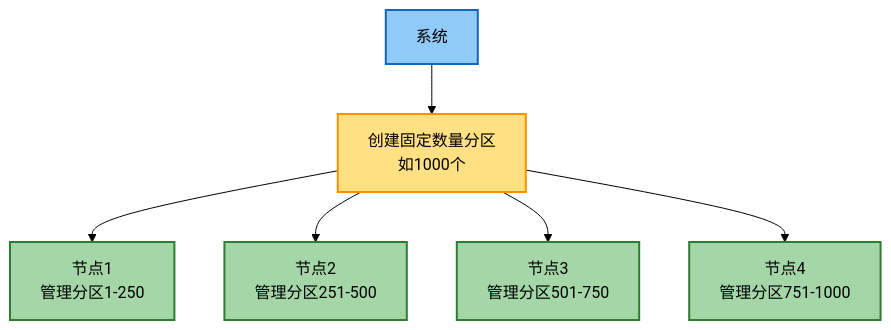
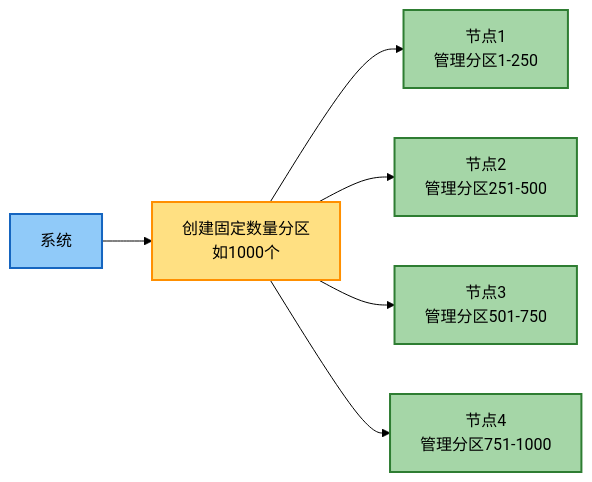
One commit to HenryThomas9587/henry.github.io changed the fifth of 12 diagrams in docs/notes/ddia/part2-distributed/chapter-07.md. Above: the diagram before and after it, drawn with Mermaid (forest theme). The commit also changed other lines of this file and 9 other files, not shown here.

First line of the commit message:
docs(ddia): 优化章节结构和图例布局

````diff
--- a/docs/notes/ddia/part2-distributed/chapter-07.md
+++ b/docs/notes/ddia/part2-distributed/chapter-07.md
@@ -87,15 +168,15 @@
 ```mermaid
-graph TD
+graph LR
     S[系统] --> P[创建固定数量分区<br/>如1000个]
     P --> N1[节点1<br/>管理分区1-250]
     P --> N2[节点2<br/>管理分区251-500]
     P --> N3[节点3<br/>管理分区501-750]
     P --> N4[节点4<br/>管理分区751-1000]
 
     style S fill:#90CAF9,stroke:#1565C0,stroke-width:2px
     style P fill:#FFE082,stroke:#FF8F00,stroke-width:2px
     style N1 fill:#A5D6A7,stroke:#2E7D32,stroke-width:2px
     style N2 fill:#A5D6A7,stroke:#2E7D32,stroke-width:2px
     style N3 fill:#A5D6A7,stroke:#2E7D32,stroke-width:2px
     style N4 fill:#A5D6A7,stroke:#2E7D32,stroke-width:2px
 ```
````
